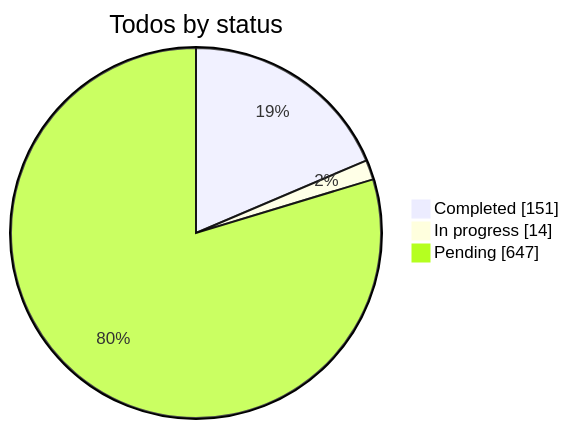
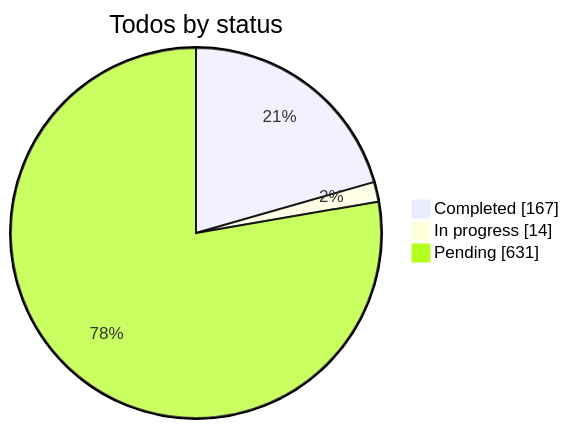
Before and after one commit to KantaPaul/next-cms: the first of 6 diagrams in .cursor/plans/combined_cms_refs_f96163bc.plan.md, drawn with Mermaid. The commit also changed other lines of this file and 1 other file, not shown here.

````diff
--- a/.cursor/plans/combined_cms_refs_f96163bc.plan.md
+++ b/.cursor/plans/combined_cms_refs_f96163bc.plan.md
@@ -2463,6 +2463,6 @@
 ```mermaid
 pie showData title Todos by status
-  "Completed" : 151
+  "Completed" : 167
   "In progress" : 14
-  "Pending" : 647
+  "Pending" : 631
 ```
````
